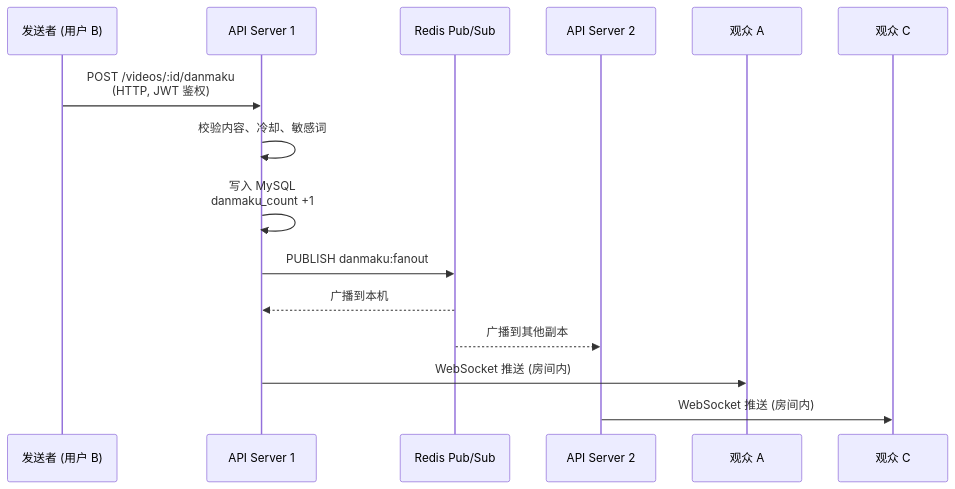
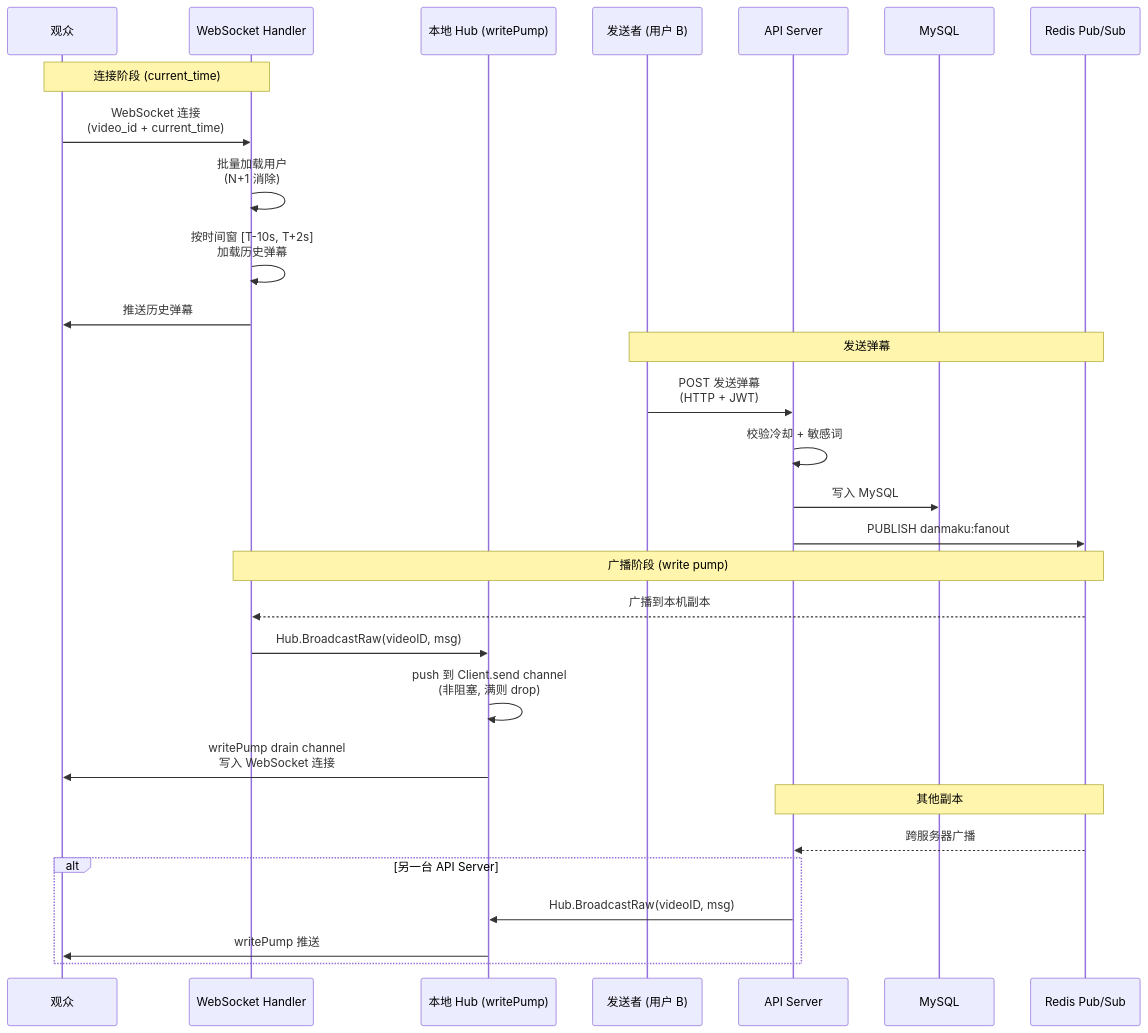
One commit to earthcake2233/cakecake changed the second of 5 diagrams in docs/ARCHITECTURE.md. Above: the diagram before and after it, drawn with Mermaid. The commit also changed other lines of this file and 1 other file, not shown here.

Commit message:
docs(arch): update danmaku sequence diagram with write pump and current_time
- Add Hub (writePump) participant to sequence diagram

- Show current_time for time-window history loading, N+1 eliminated batch loading

- Show non-blocking broadcast via Client.send channel; emphasize local Hub per replica

- Remove Mermaid-unsupported characters (?, &amp;, arrows)

- Sync ZH and EN versions

````diff
--- a/docs/ARCHITECTURE.md
+++ b/docs/ARCHITECTURE.md
@@ -76,18 +76,35 @@
 ```mermaid
 sequenceDiagram
+    participant V as 观众
+    participant WS as WebSocket Handler
+    participant H as 本地 Hub (writePump)
     participant S as 发送者 (用户 B)
-    participant API as API Server 1
+    participant API as API Server
+    participant DB as MySQL
     participant R as Redis Pub/Sub
-    participant API2 as API Server 2
-    participant V1 as 观众 A
-    participant V2 as 观众 C
 
-    S->>API: POST /videos/:id/danmaku<br/>(HTTP, JWT 鉴权)
-    API->>API: 校验内容、冷却、敏感词
-    API->>API: 写入 MySQL<br/>danmaku_count +1
+    Note over V,WS: 连接阶段 (current_time)
+    V->>WS: WebSocket 连接<br/>(video_id + current_time)
+    WS->>WS: 批量加载用户<br/>(N+1 消除)
+    WS->>WS: 按时间窗 [T-10s, T+2s]<br/>加载历史弹幕
+    WS->>V: 推送历史弹幕
+
+    Note over S,R: 发送弹幕
+    S->>API: POST 发送弹幕<br/>(HTTP + JWT)
+    API->>API: 校验冷却 + 敏感词
+    API->>DB: 写入 MySQL
     API->>R: PUBLISH danmaku:fanout
-    R-->>API: 广播到本机
-    R-->>API2: 广播到其他副本
-    API->>V1: WebSocket 推送 (房间内)
-    API2->>V2: WebSocket 推送 (房间内)
+
+    Note over R,WS: 广播阶段 (write pump)
+    R-->>WS: 广播到本机副本
+    WS->>H: Hub.BroadcastRaw(videoID, msg)
+    H->>H: push 到 Client.send channel<br/>(非阻塞, 满则 drop)
+    H->>V: writePump drain channel<br/>写入 WebSocket 连接
+
+    Note over R,API: 其他副本
+    R-->>API: 跨服务器广播
+    alt 另一台 API Server
+        API->>H: Hub.BroadcastRaw(videoID, msg)
+        H->>V: writePump 推送
+    end
 ```
````
